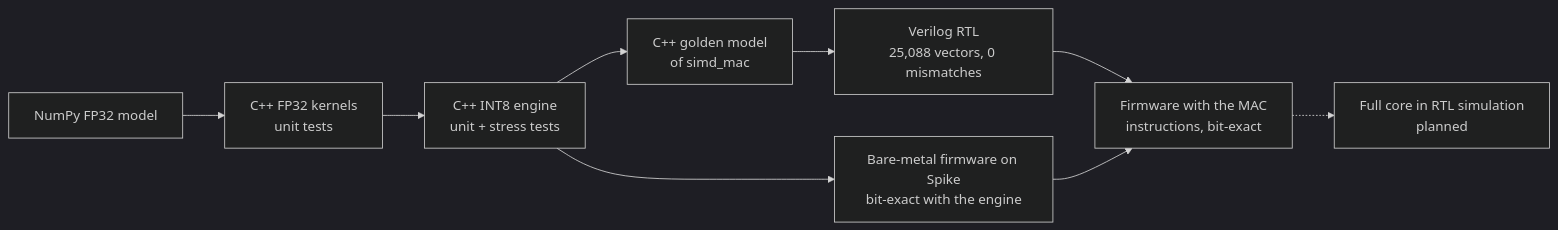
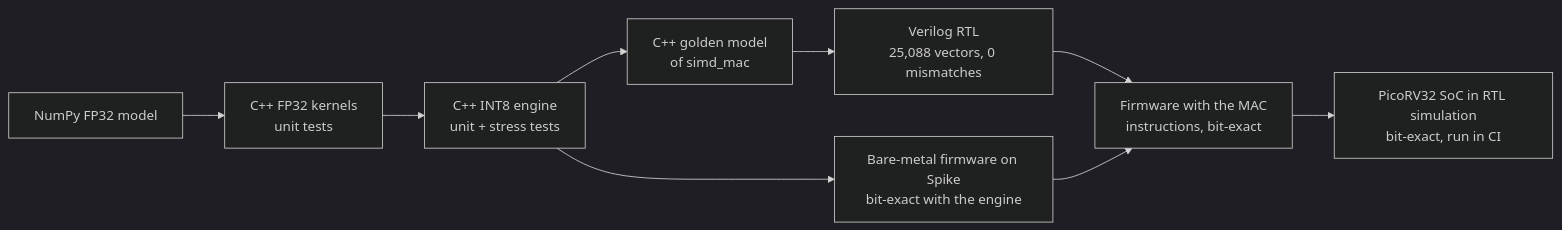
The fourth of 5 diagrams in README.md (sajedulislam5840/riscv-edge-ai), drawn with Mermaid (dark theme) before and after one commit. The commit also changed other lines of this file, not shown here.

Commit message:
README: link BENCHMARKS.md, fix the verification diagram and clock-speed figures

````diff
--- a/README.md
+++ b/README.md
@@ -259,11 +259,11 @@
 ```mermaid
 flowchart LR
     P["NumPy FP32 model"] --> C["C++ FP32 kernels<br/>unit tests"]
     C --> Q["C++ INT8 engine<br/>unit + stress tests"]
     Q --> G["C++ golden model<br/>of simd_mac"]
     G --> R["Verilog RTL<br/>25,088 vectors, 0 mismatches"]
     Q --> F2["Bare-metal firmware on Spike<br/>bit-exact with the engine"]
     R --> S["Firmware with the MAC<br/>instructions, bit-exact"]
     F2 --> S
-    S -.-> K["Full core in RTL simulation<br/>planned"]
+    S --> K["PicoRV32 SoC in RTL simulation<br/>bit-exact, run in CI"]
 ```
````
